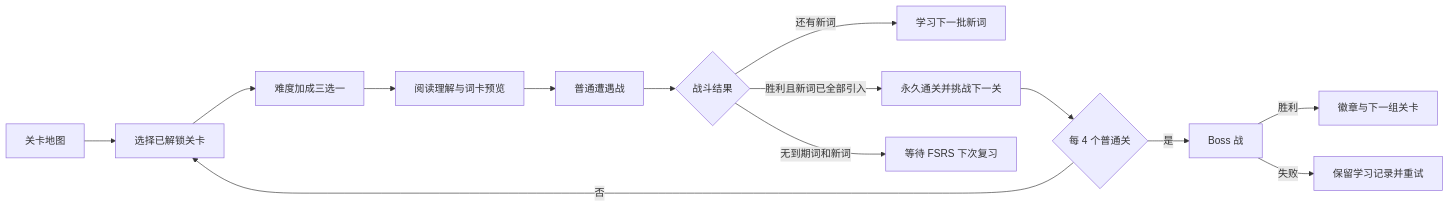
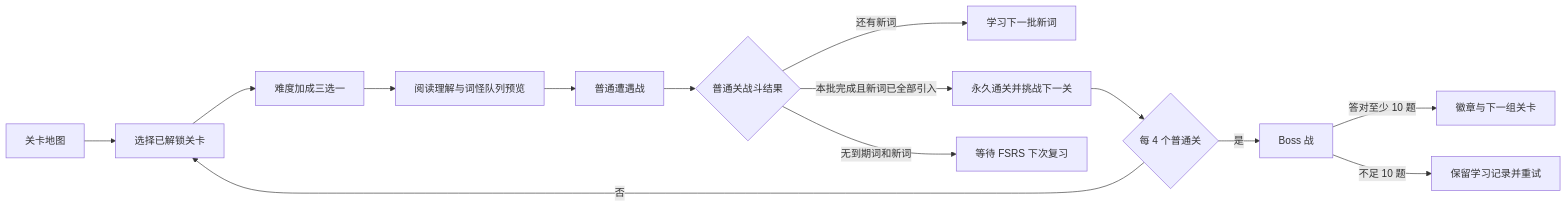
The diagram in docs/gameplay-vertical-slice.md (illusion615/word-quest), drawn with Mermaid before and after one commit. The commit also changed other lines of this file and 51 other files, not shown here.

````diff
--- a/docs/gameplay-vertical-slice.md
+++ b/docs/gameplay-vertical-slice.md
@@ -60,16 +61,16 @@
 ```mermaid
 flowchart LR
     A[关卡地图] --> B[选择已解锁关卡]
     B --> C[难度加成三选一]
-    C --> D[阅读理解与词卡预览]
+    C --> D[阅读理解与词怪队列预览]
     D --> E[普通遭遇战]
-    E --> F{战斗结果}
+    E --> F{普通关战斗结果}
     F -->|还有新词| G[学习下一批新词]
-    F -->|胜利且新词已全部引入| H[永久通关并挑战下一关]
+    F -->|本批完成且新词已全部引入| H[永久通关并挑战下一关]
     F -->|无到期词和新词| M[等待 FSRS 下次复习]
     H --> I{每 4 个普通关}
     I -->|是| J[Boss 战]
     I -->|否| B
-    J -->|胜利| K[徽章与下一组关卡]
-    J -->|失败| L[保留学习记录并重试]
+    J -->|答对至少 10 题| K[徽章与下一组关卡]
+    J -->|不足 10 题| L[保留学习记录并重试]
 ```
````
